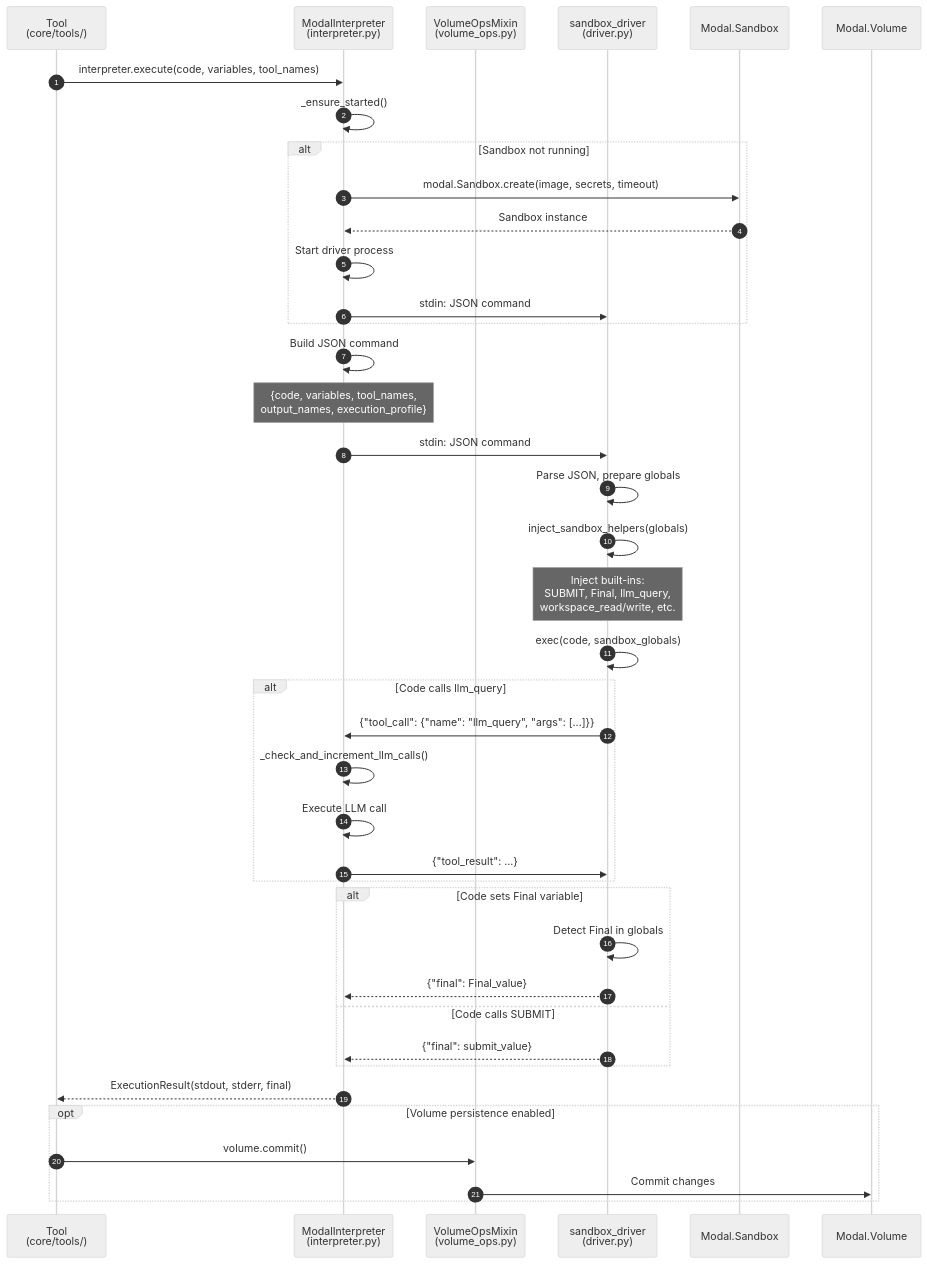
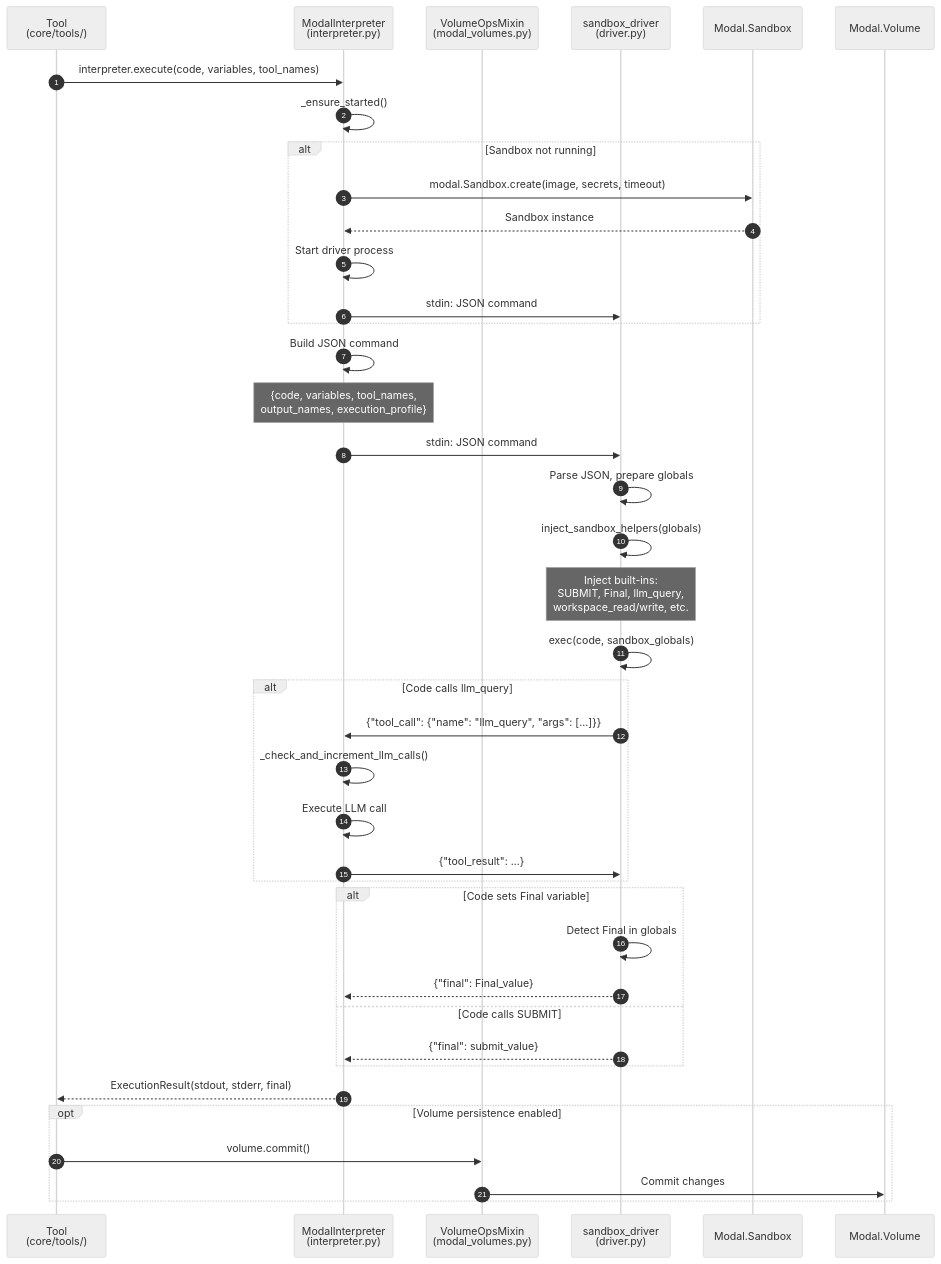
The sixth of 6 diagrams in docs/architecture.md (Qredence/fleet-rlm), drawn with Mermaid (neutral theme) before and after one commit. The commit also changed other lines of this file and 62 other files, not shown here.

````diff
--- a/docs/architecture.md
+++ b/docs/architecture.md
@@ -455,52 +464,52 @@
 ```mermaid
 sequenceDiagram
     autonumber
     participant Tool as Tool<br/>(core/tools/)
     participant Interp as ModalInterpreter<br/>(interpreter.py)
-    participant VolOps as VolumeOpsMixin<br/>(volume_ops.py)
+    participant VolOps as VolumeOpsMixin<br/>(modal_volumes.py)
     participant Driver as sandbox_driver<br/>(driver.py)
     participant Sandbox as Modal.Sandbox
     participant Volume as Modal.Volume
 
     Tool->>Interp: interpreter.execute(code, variables, tool_names)
     Interp->>Interp: _ensure_started()
 
     alt Sandbox not running
         Interp->>Sandbox: modal.Sandbox.create(image, secrets, timeout)
         Sandbox-->>Interp: Sandbox instance
         Interp->>Interp: Start driver process
         Interp->>Driver: stdin: JSON command
     end
 
     Interp->>Interp: Build JSON command
     Note over Interp: {code, variables, tool_names,<br/>output_names, execution_profile}
 
     Interp->>Driver: stdin: JSON command
     Driver->>Driver: Parse JSON, prepare globals
     Driver->>Driver: inject_sandbox_helpers(globals)
 
     Note over Driver: Inject built-ins:<br/>SUBMIT, Final, llm_query,<br/>workspace_read/write, etc.
 
     Driver->>Driver: exec(code, sandbox_globals)
 
     alt Code calls llm_query
         Driver->>Interp: {"tool_call": {"name": "llm_query", "args": [...]}}
         Interp->>Interp: _check_and_increment_llm_calls()
         Interp->>Interp: Execute LLM call
         Interp->>Driver: {"tool_result": ...}
     end
 
     alt Code sets Final variable
         Driver->>Driver: Detect Final in globals
         Driver-->>Interp: {"final": Final_value}
     else Code calls SUBMIT
         Driver-->>Interp: {"final": submit_value}
     end
 
     Interp-->>Tool: ExecutionResult(stdout, stderr, final)
 
     opt Volume persistence enabled
         Tool->>VolOps: volume.commit()
         VolOps->>Volume: Commit changes
     end
 ```
````
